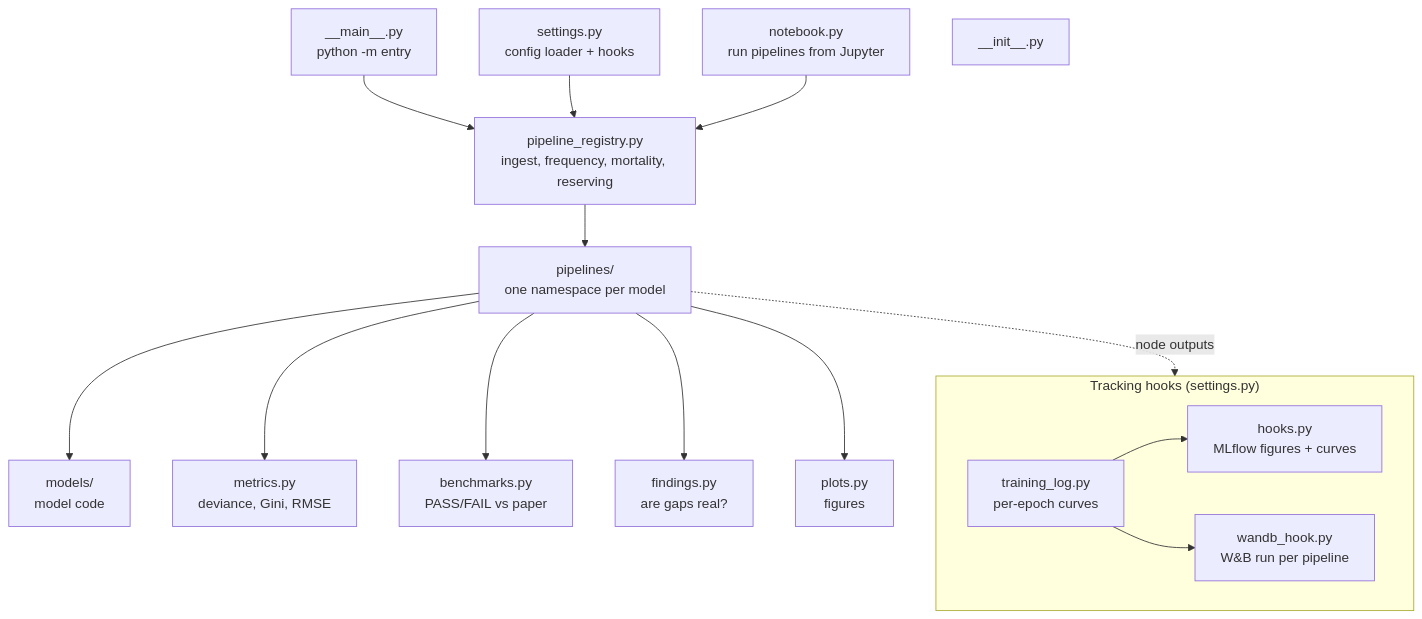
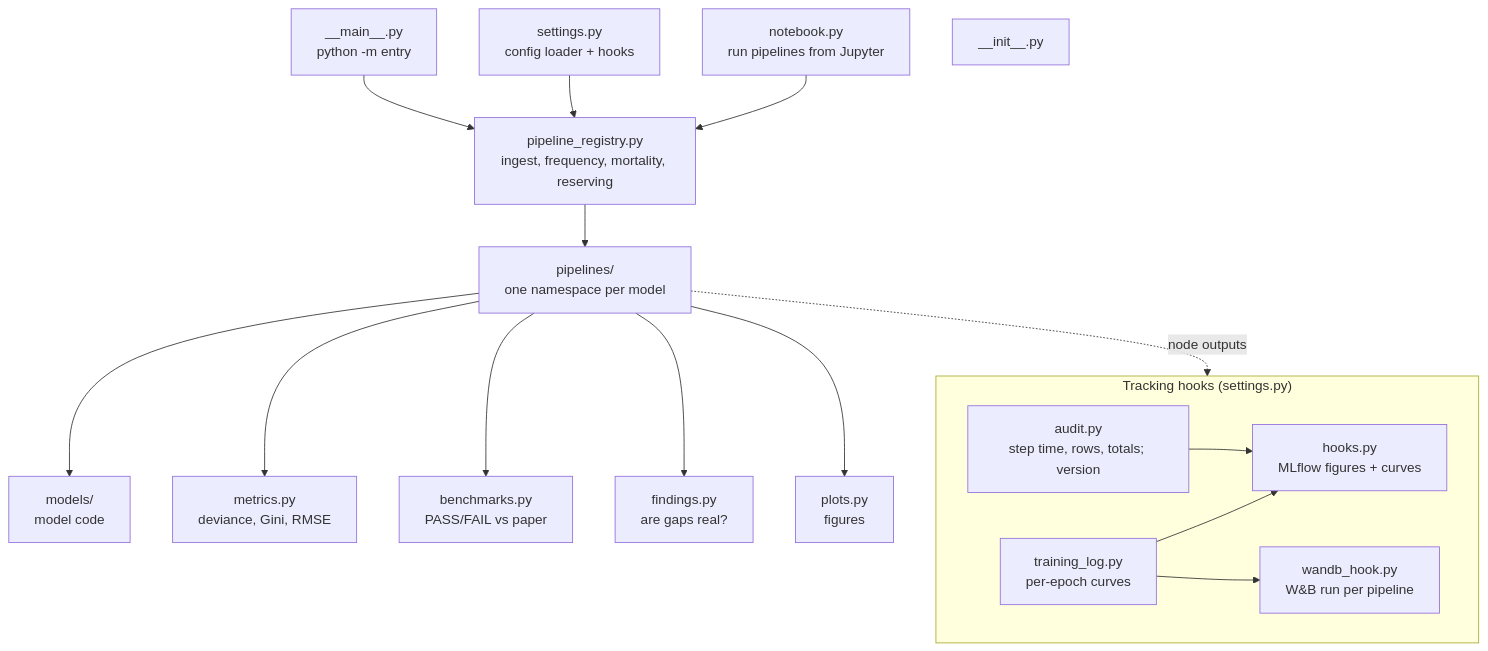
One commit to actuarialsociety/combined-actuarial-nn changed the diagram in src/deep_actuarial_science/README.md. Above: the diagram before and after it, drawn with Mermaid. The commit also changed other lines of this file and 9 other files, not shown here.

First line of the commit message:
feat(tracking): audit trail per pipeline step and explicit model version

````diff
--- a/src/deep_actuarial_science/README.md
+++ b/src/deep_actuarial_science/README.md
@@ -6,21 +6,23 @@
 ```mermaid
 flowchart TD
     main["__main__.py<br/>python -m entry"] --> registry["pipeline_registry.py<br/>ingest, frequency, mortality, reserving"]
     settings["settings.py<br/>config loader + hooks"] --> registry
     registry --> pipes["pipelines/<br/>one namespace per model"]
     pipes --> models["models/<br/>model code"]
     pipes --> metrics["metrics.py<br/>deviance, Gini, RMSE"]
     pipes --> benchmarks["benchmarks.py<br/>PASS/FAIL vs paper"]
     pipes --> findings["findings.py<br/>are gaps real?"]
     pipes --> plots["plots.py<br/>figures"]
     subgraph tracking["Tracking hooks (settings.py)"]
         hooks["hooks.py<br/>MLflow figures + curves"]
         wandb["wandb_hook.py<br/>W&B run per pipeline"]
         tlog["training_log.py<br/>per-epoch curves"]
+        audit["audit.py<br/>step time, rows, totals; version"]
     end
     pipes -. node outputs .-> tracking
     tlog --> hooks
+    audit --> hooks
     tlog --> wandb
     nb["notebook.py<br/>run pipelines from Jupyter"] --> registry
     init["__init__.py"]
 ```
````
